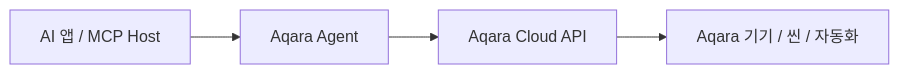
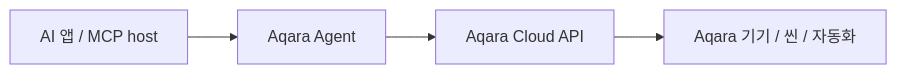
One commit to aqara/aqara-mcp-server changed the diagram in README_KR.md. Above: the diagram before and after it, drawn with Mermaid. The commit also changed other lines of this file and 8 other files, not shown here.

````diff
--- a/README_KR.md
+++ b/README_KR.md
@@ -75,6 +75,6 @@
 ```mermaid
 graph LR
-    A[AI 앱 / MCP Host] --> B[Aqara Agent]
+    A[AI 앱 / MCP host] --> B[Aqara Agent]
     B --> C[Aqara Cloud API]
     C --> D[Aqara 기기 / 씬 / 자동화]
 ```
````
